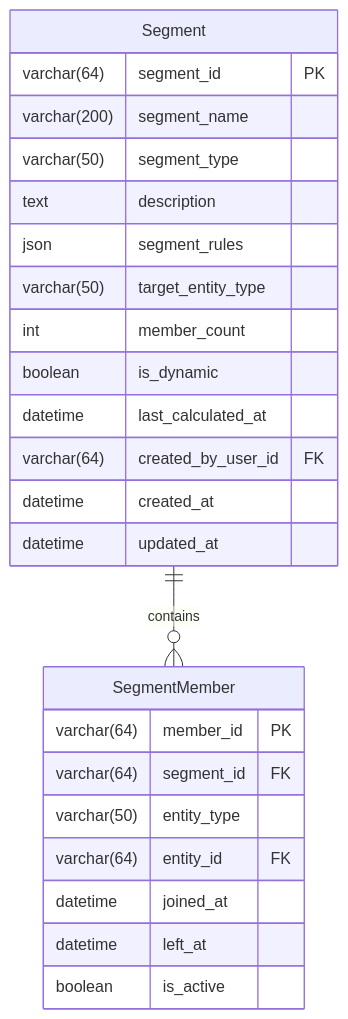
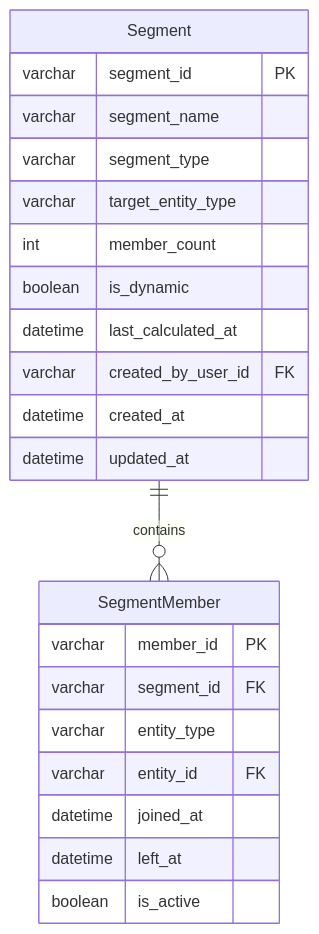
Diagram 13 of 25 in docs/b2b-cdp-entity-design.md (312268112/advanced-java), drawn with Mermaid before and after one commit. The commit also changed other lines of this file, not shown here.

Commit message:
Refactor: Update B2B CDP entity design documentation

````diff
--- a/docs/b2b-cdp-entity-design.md
+++ b/docs/b2b-cdp-entity-design.md
@@ -703,29 +677,27 @@
 ```mermaid
 erDiagram
-    Segment ||--o{ SegmentMember : "contains"
+    Segment ||--o{ SegmentMember : contains
     
     Segment {
-        varchar(64) segment_id PK
-        varchar(200) segment_name
-        varchar(50) segment_type
-        text description
-        json segment_rules
-        varchar(50) target_entity_type
+        varchar segment_id PK
+        varchar segment_name
+        varchar segment_type
+        varchar target_entity_type
         int member_count
         boolean is_dynamic
         datetime last_calculated_at
-        varchar(64) created_by_user_id FK
+        varchar created_by_user_id FK
         datetime created_at
         datetime updated_at
     }
     
     SegmentMember {
-        varchar(64) member_id PK
-        varchar(64) segment_id FK
-        varchar(50) entity_type
-        varchar(64) entity_id FK
+        varchar member_id PK
+        varchar segment_id FK
+        varchar entity_type
+        varchar entity_id FK
         datetime joined_at
         datetime left_at
         boolean is_active
     }
 ```
````
